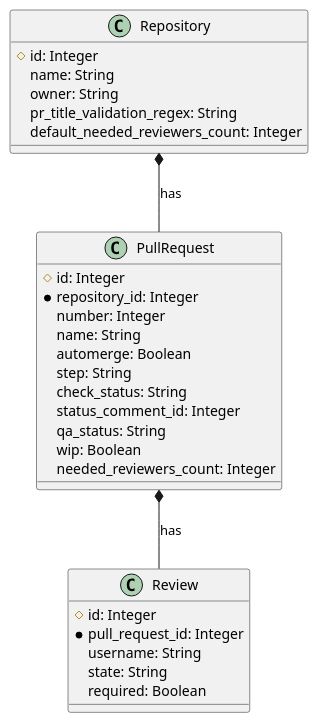
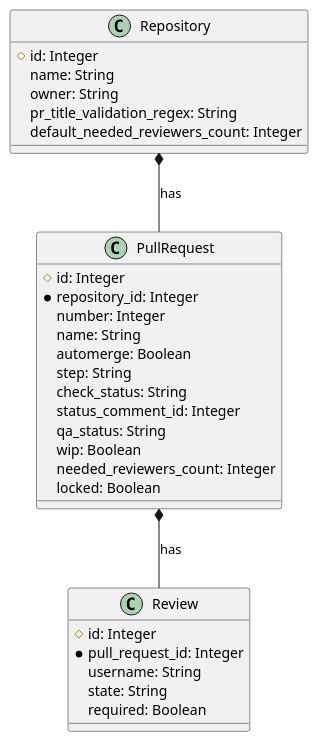
The diagram in docs/schema.plantuml (sharingcloud/github-scbot), drawn with PlantUML before and after one commit. The commit also changed 86 other files, not shown here.

```diff
--- a/docs/schema.plantuml
+++ b/docs/schema.plantuml
@@ -1,32 +1,33 @@
 @startuml Schema
 class Repository {
     #id: Integer
     name: String
     owner: String
     pr_title_validation_regex: String
     default_needed_reviewers_count: Integer
 }
 class PullRequest {
     #id: Integer
     *repository_id: Integer
     number: Integer
     name: String
     automerge: Boolean
     step: String
     check_status: String
     status_comment_id: Integer
     qa_status: String
     wip: Boolean
     needed_reviewers_count: Integer
+    locked: Boolean
 }
 class Review {
     #id: Integer
     *pull_request_id: Integer
     username: String
     state: String
     required: Boolean
 }
 
 Repository *-- PullRequest : has
 PullRequest *-- Review : has
 @enduml
```
